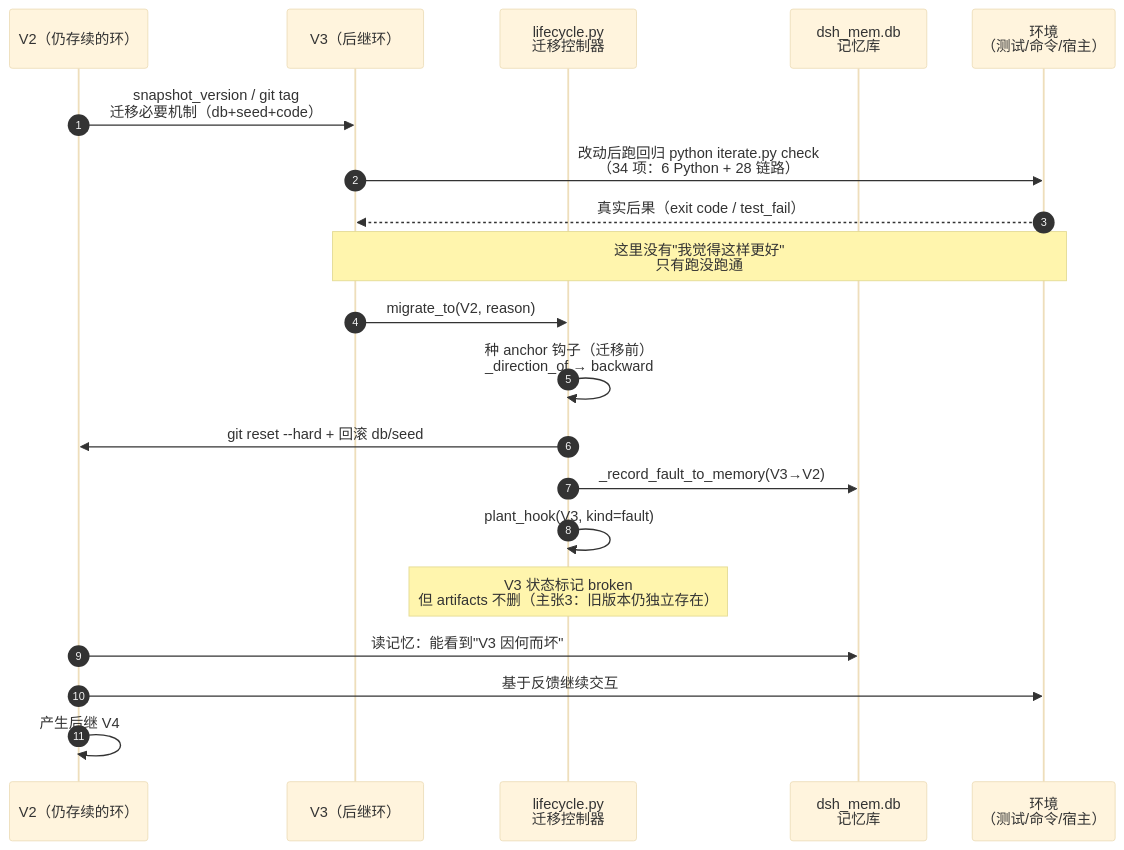
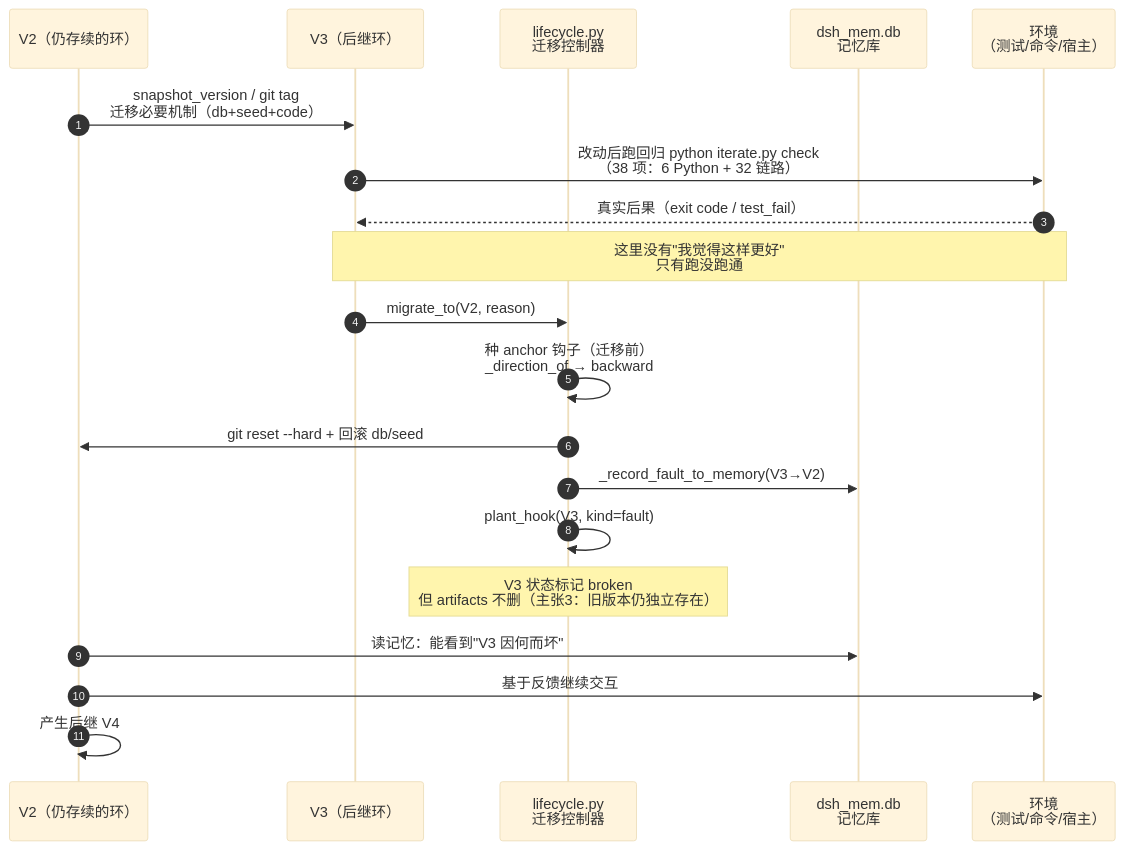
Before and after one commit to Roxy-DD/fatfish-heart: the fourth of 8 diagrams in docs/78 生命周期图-环管群.md, drawn with Mermaid (base theme). The commit also changed other lines of this file and 17 other files, not shown here.

````diff
--- a/docs/78 生命周期图-环管群.md
+++ b/docs/78 生命周期图-环管群.md
@@ -162,23 +162,23 @@
 ```mermaid
 sequenceDiagram
     autonumber
     participant V2 as V2（仍存续的环）
     participant V3 as V3（后继环）
     participant LC as lifecycle.py<br/>迁移控制器
     participant DB as dsh_mem.db<br/>记忆库
     participant ENV as 环境<br/>（测试/命令/宿主）
 
     V2->>V3: snapshot_version / git tag<br/>迁移必要机制（db+seed+code）
-    V3->>ENV: 改动后跑回归 python iterate.py check<br/>（34 项：6 Python + 28 链路）
+    V3->>ENV: 改动后跑回归 python iterate.py check<br/>（38 项：6 Python + 32 链路）
     ENV-->>V3: 真实后果（exit code / test_fail）
     Note over V3,ENV: 这里没有"我觉得这样更好"<br/>只有跑没跑通
     V3->>LC: migrate_to(V2, reason)
     LC->>LC: 种 anchor 钩子（迁移前）<br/>_direction_of → backward
     LC->>V2: git reset --hard + 回滚 db/seed
     LC->>DB: _record_fault_to_memory(V3→V2)
     LC->>LC: plant_hook(V3, kind=fault)
     Note over LC: V3 状态标记 broken<br/>但 artifacts 不删（主张3：旧版本仍独立存在）
     V2->>DB: 读记忆：能看到"V3 因何而坏"
     V2->>ENV: 基于反馈继续交互
     V2->>V2: 产生后继 V4
 ```
````
